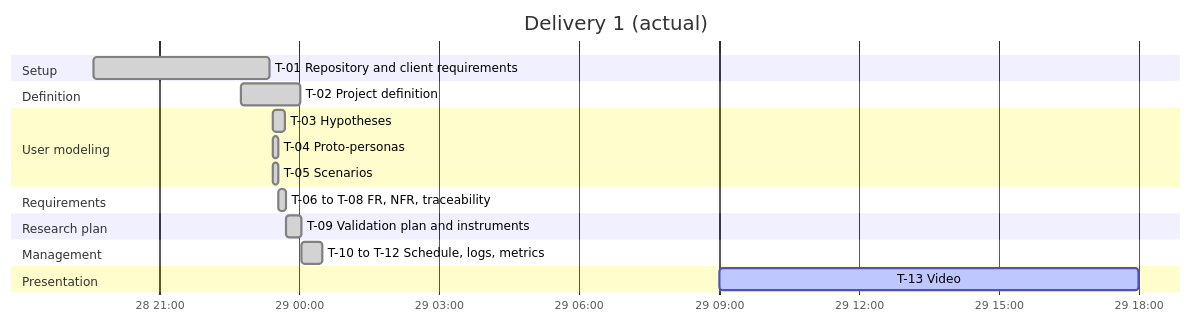
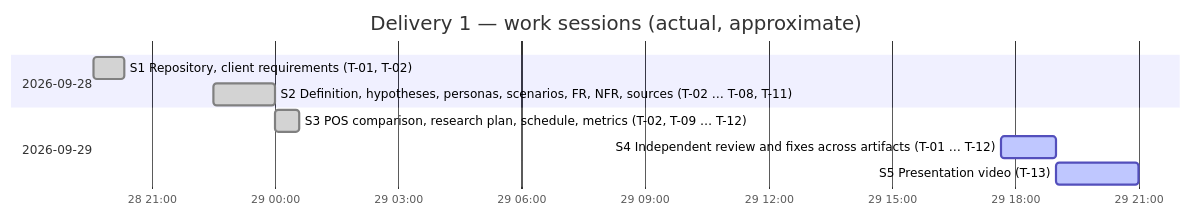
The diagram in docs/00-management/schedule.md (Alambrep/boutique-fmat-pos), drawn with Mermaid before and after one commit. The commit also changed other lines of this file, not shown here.

First line of the commit message:
fix(mgmt): session-based timeline, explain how the schedule was built, add delivery 3 plan (T-10)

````diff
--- a/docs/00-management/schedule.md
+++ b/docs/00-management/schedule.md
@@ -45,22 +51,13 @@
 ```mermaid
 gantt
-  title Delivery 1 (actual)
+  title Delivery 1 — work sessions (actual, approximate)
   dateFormat YYYY-MM-DD HH:mm
   axisFormat %d %H:%M
-  section Setup
-  T-01 Repository and client requirements :done, 2026-09-28 19:35, 2026-09-28 23:21
-  section Definition
-  T-02 Project definition                  :done, 2026-09-28 22:45, 2026-09-29 00:01
-  section User modeling
-  T-03 Hypotheses                          :done, 2026-09-28 23:26, 2026-09-28 23:42
-  T-04 Proto-personas                      :done, 2026-09-28 23:26, 2026-09-28 23:33
-  T-05 Scenarios                           :done, 2026-09-28 23:26, 2026-09-28 23:33
-  section Requirements
-  T-06 to T-08 FR, NFR, traceability       :done, 2026-09-28 23:33, 2026-09-28 23:43
-  section Research plan
-  T-09 Validation plan and instruments     :done, 2026-09-28 23:43, 2026-09-29 00:03
-  section Management
-  T-10 to T-12 Schedule, logs, metrics     :done, 2026-09-29 00:03, 2026-09-29 00:30
-  section Presentation
-  T-13 Video                               :active, 2026-09-29 09:00, 2026-09-29 18:00
+  section 2026-09-28
+  S1 Repository, client requirements (T-01, T-02) :done, 2026-09-28 19:35, 2026-09-28 20:20
+  S2 Definition, hypotheses, personas, scenarios, FR, NFR, sources (T-02 … T-08, T-11) :done, 2026-09-28 22:30, 2026-09-29 00:00
+  section 2026-09-29
+  S3 POS comparison, research plan, schedule, metrics (T-02, T-09 … T-12) :done, 2026-09-29 00:00, 2026-09-29 00:35
+  S4 Independent review and fixes across artifacts (T-01 … T-12) :active, 2026-09-29 17:39, 2026-09-29 19:00
+  S5 Presentation video (T-13) :active, 2026-09-29 19:00, 2026-09-29 21:00
 ```
````
